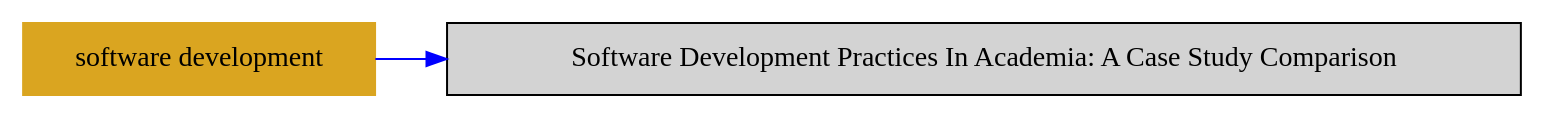
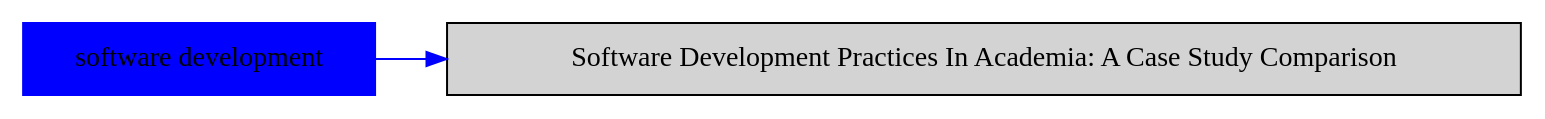
Before and after one commit to duongdo27/Dealii: the diagram in markdown/topic_software_development.dot, drawn with Graphviz. The commit also changed 1 other file, not shown here.

```diff
--- a/markdown/topic_software_development.dot
+++ b/markdown/topic_software_development.dot
@@ -1,9 +1,9 @@
 digraph bettersoftware {
             rankdir = LR;
             ratio = fill;
             node [style=filled];
             node [shape = box];
-"software development" [colorscheme="svg" color="goldenrod"];
+"software development" [colorscheme="svg" color="blue"];
 "software development" ->  "SoftwareDevelopmentPracticesInAcademiaACaseStudyComparison.md" [colorscheme="svg" color="blue"];
 "SoftwareDevelopmentPracticesInAcademiaACaseStudyComparison.md" [label="Software Development Practices In Academia: A Case Study Comparison", URL="http://bss.parallactic.com/resources/software-development-practices-in-academia-a-case-study-comparison"];
 }
```
